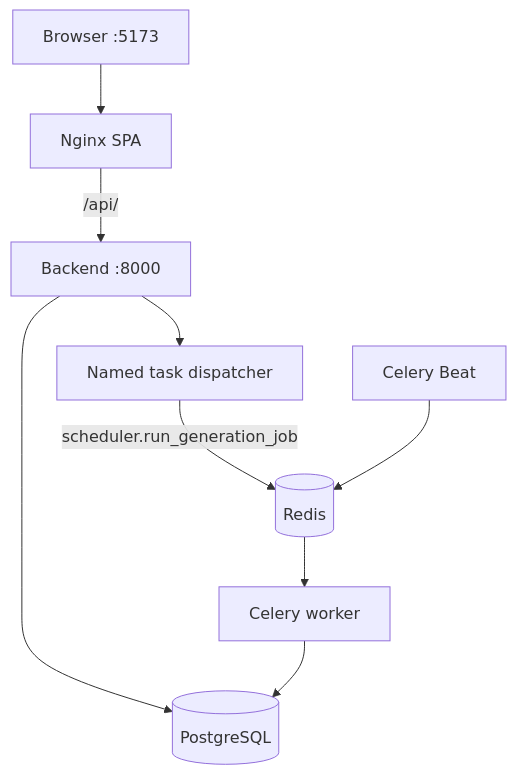
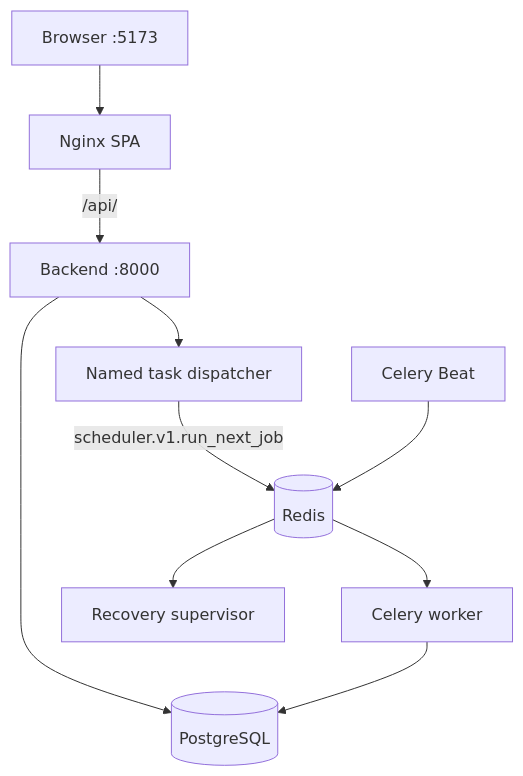
Before and after one commit to ORIOP25/Cronos: the diagram in documentation/09_ops_observability/LOCAL_RUNTIME.md, drawn with Mermaid. The commit also changed other lines of this file and 113 other files, not shown here.

````diff
--- a/documentation/09_ops_observability/LOCAL_RUNTIME.md
+++ b/documentation/09_ops_observability/LOCAL_RUNTIME.md
@@ -42,11 +43,12 @@
 ```mermaid
 flowchart TD
     Browser[Browser :5173] --> Nginx[Nginx SPA]
     Nginx -->|/api/| API[Backend :8000]
     API --> DB[(PostgreSQL)]
     API --> Dispatcher[Named task dispatcher]
-    Dispatcher -->|scheduler.run_generation_job| Redis[(Redis)]
+    Dispatcher -->|scheduler.v1.run_next_job| Redis[(Redis)]
     Redis --> Worker[Celery worker]
+    Redis --> Supervisor[Recovery supervisor]
     Beat[Celery Beat] --> Redis
     Worker --> DB
 ```
````
